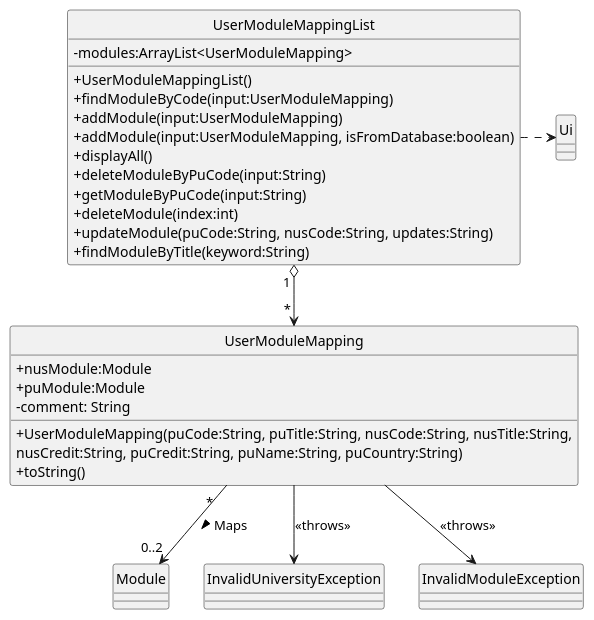
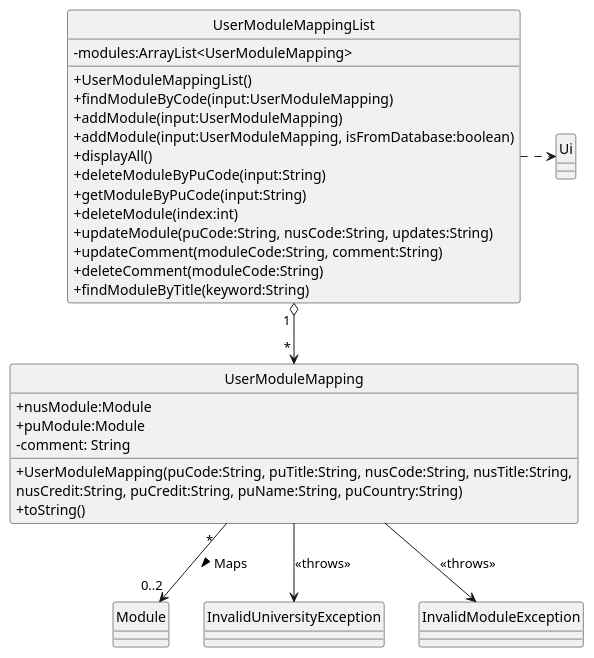
Before and after one commit to nus-cs2113-AY2223S1/tp: the diagram in docs/diagrams/UserModuleMapping_Class.puml, drawn with PlantUML. The commit also changed 4 other files, not shown here.

Commit message:
Update UML sequence & class diagrams

```diff
--- a/docs/diagrams/UserModuleMapping_Class.puml
+++ b/docs/diagrams/UserModuleMapping_Class.puml
@@ -1,48 +1,50 @@
 @startuml
 'https://plantuml.com/sequence-diagram
 
 hide circle
 skinparam classAttributeIconSize 0
 
 class Module {
 }
 
 class InvalidUniversityException {
 }
 
 class InvalidModuleException{
 }
 
 class UserModuleMapping {
     + nusModule:Module
     + puModule:Module
     - comment: String
     + UserModuleMapping(puCode:String, puTitle:String, nusCode:String, nusTitle:String,
                         nusCredit:String, puCredit:String, puName:String, puCountry:String)
     + toString()
 }
 
 class Ui {
 }
 
 class UserModuleMappingList {
     - modules:ArrayList<UserModuleMapping>
     + UserModuleMappingList()
     + findModuleByCode(input:UserModuleMapping)
     + addModule(input:UserModuleMapping)
     + addModule(input:UserModuleMapping, isFromDatabase:boolean)
     + displayAll()
     + deleteModuleByPuCode(input:String)
     + getModuleByPuCode(input:String)
     + deleteModule(index:int)
     + updateModule(puCode:String, nusCode:String, updates:String)
+    + updateComment(moduleCode:String, comment:String)
+    + deleteComment(moduleCode:String)
     + findModuleByTitle(keyword:String)
 }
 
 UserModuleMapping " *  " --> "0..2" Module :> Maps
 UserModuleMappingList " 1 " o--> " * " UserModuleMapping
 UserModuleMappingList .> Ui
 UserModuleMapping --> InvalidModuleException :<<throws>>
 UserModuleMapping --> InvalidUniversityException :<<throws>>
 
 @enduml
```
